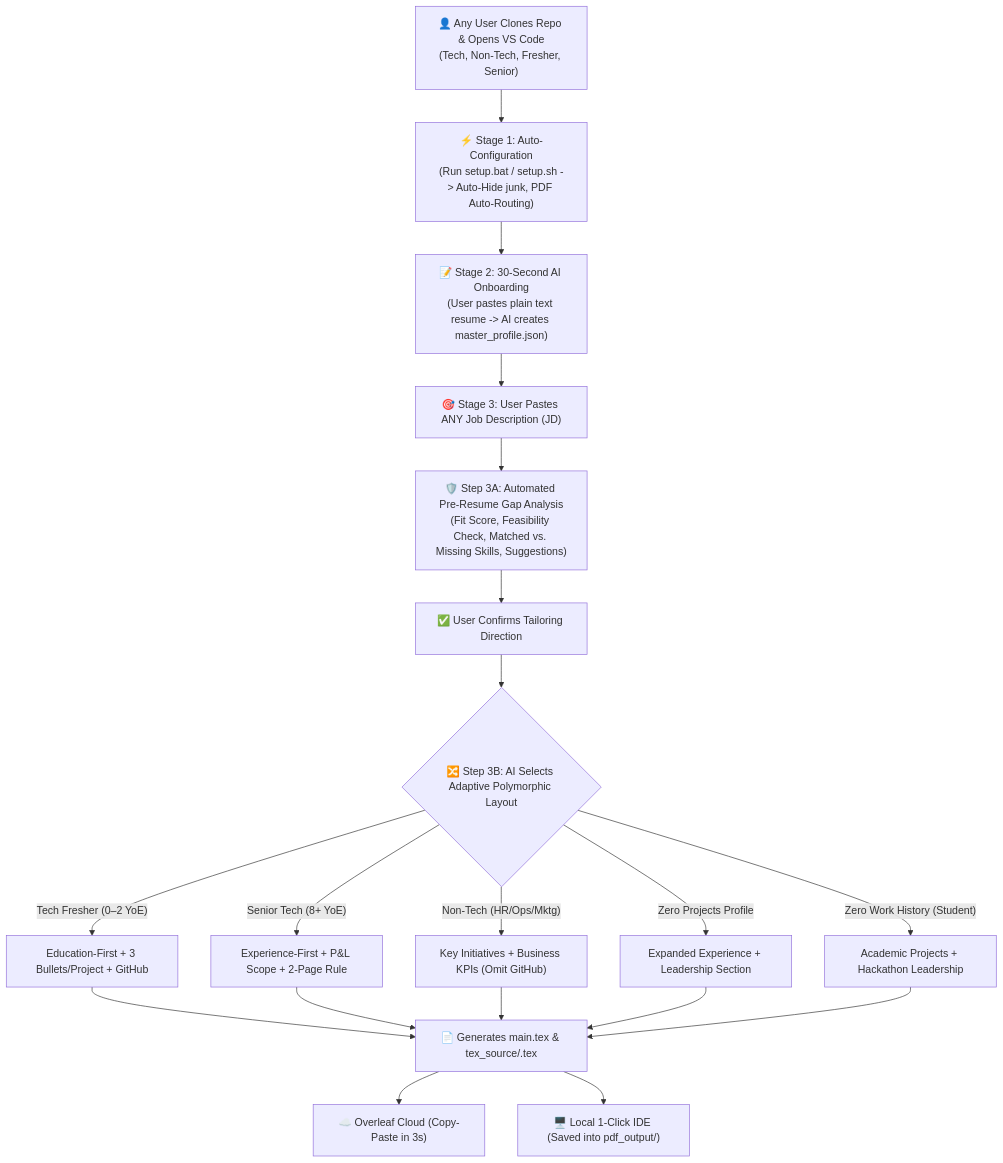
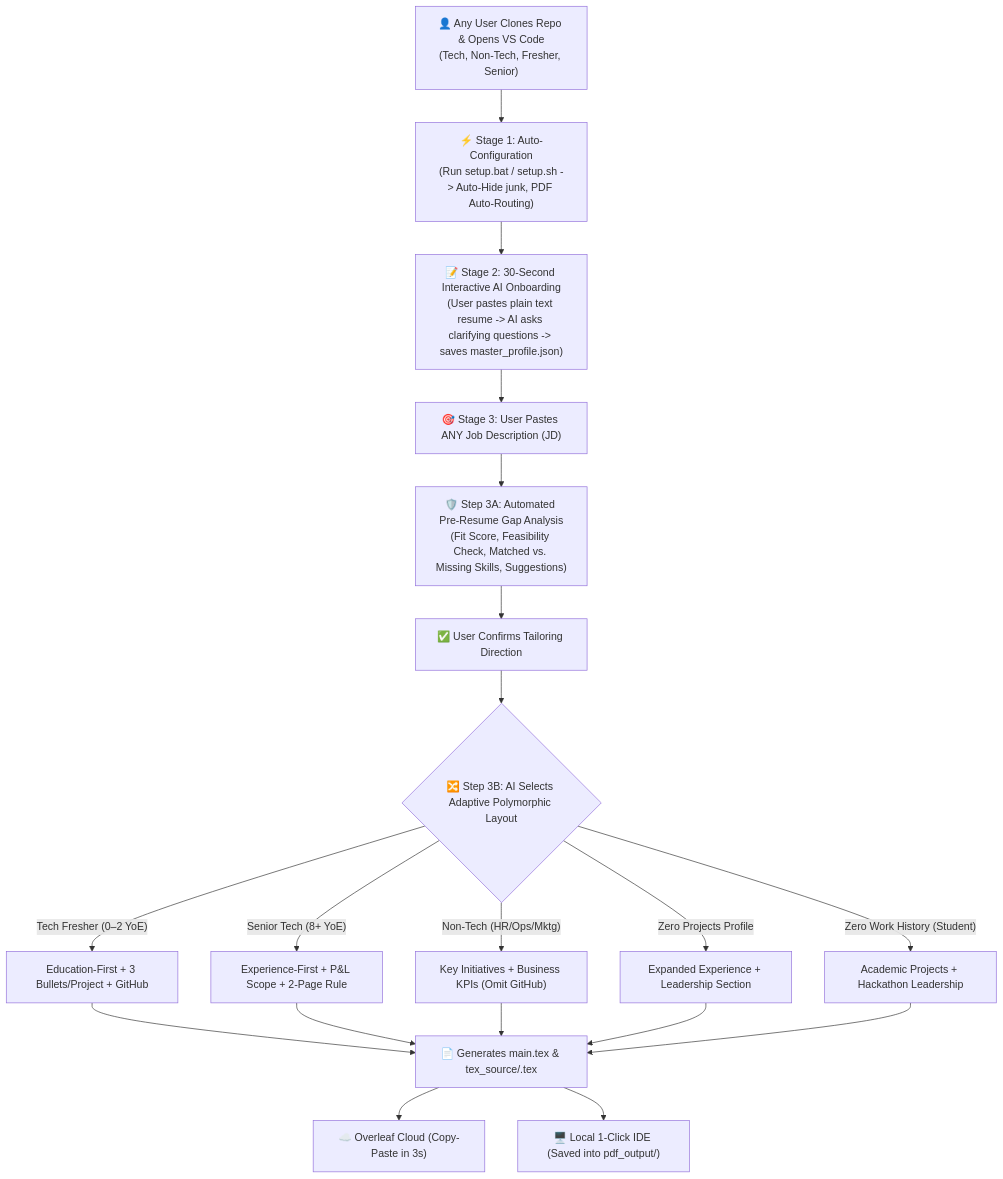
The diagram in WORKFLOW_GUIDE.md (Shivaprasadfarale/reframe), drawn with Mermaid before and after one commit. The commit also changed other lines of this file and 1 other file, not shown here.

Commit message:
feat: Add interactive missing-field clarification protocol to AI instructions

````diff
--- a/WORKFLOW_GUIDE.md
+++ b/WORKFLOW_GUIDE.md
@@ -9,17 +9,17 @@
 ```mermaid
 flowchart TD
     A["👤 Any User Clones Repo & Opens VS Code\n(Tech, Non-Tech, Fresher, Senior)"] --> B["⚡ Stage 1: Auto-Configuration\n(Run setup.bat / setup.sh -> Auto-Hide junk, PDF Auto-Routing)"]
-    B --> C["📝 Stage 2: 30-Second AI Onboarding\n(User pastes plain text resume -> AI creates master_profile.json)"]
+    B --> C["📝 Stage 2: 30-Second Interactive AI Onboarding\n(User pastes plain text resume -> AI asks clarifying questions -> saves master_profile.json)"]
     C --> D["🎯 Stage 3: User Pastes ANY Job Description (JD)"]
     D --> E["🛡️ Step 3A: Automated Pre-Resume Gap Analysis\n(Fit Score, Feasibility Check, Matched vs. Missing Skills, Suggestions)"]
     E --> F["✅ User Confirms Tailoring Direction"]
     F --> G{"🔀 Step 3B: AI Selects Adaptive Polymorphic Layout"}
     G -->|"Tech Fresher (0–2 YoE)"| H1["Education-First + 3 Bullets/Project + GitHub"]
     G -->|"Senior Tech (8+ YoE)"| H2["Experience-First + P&L Scope + 2-Page Rule"]
     G -->|"Non-Tech (HR/Ops/Mktg)"| H3["Key Initiatives + Business KPIs (Omit GitHub)"]
     G -->|"Zero Projects Profile"| H4["Expanded Experience + Leadership Section"]
     G -->|"Zero Work History (Student)"| H5["Academic Projects + Hackathon Leadership"]
     H1 & H2 & H3 & H4 & H5 --> I["📄 Generates main.tex & tex_source/<role>.tex"]
     I --> J1["☁️ Overleaf Cloud (Copy-Paste in 3s)"]
     I --> J2["🖥️ Local 1-Click IDE (Saved into pdf_output/)"]
 ```
````
